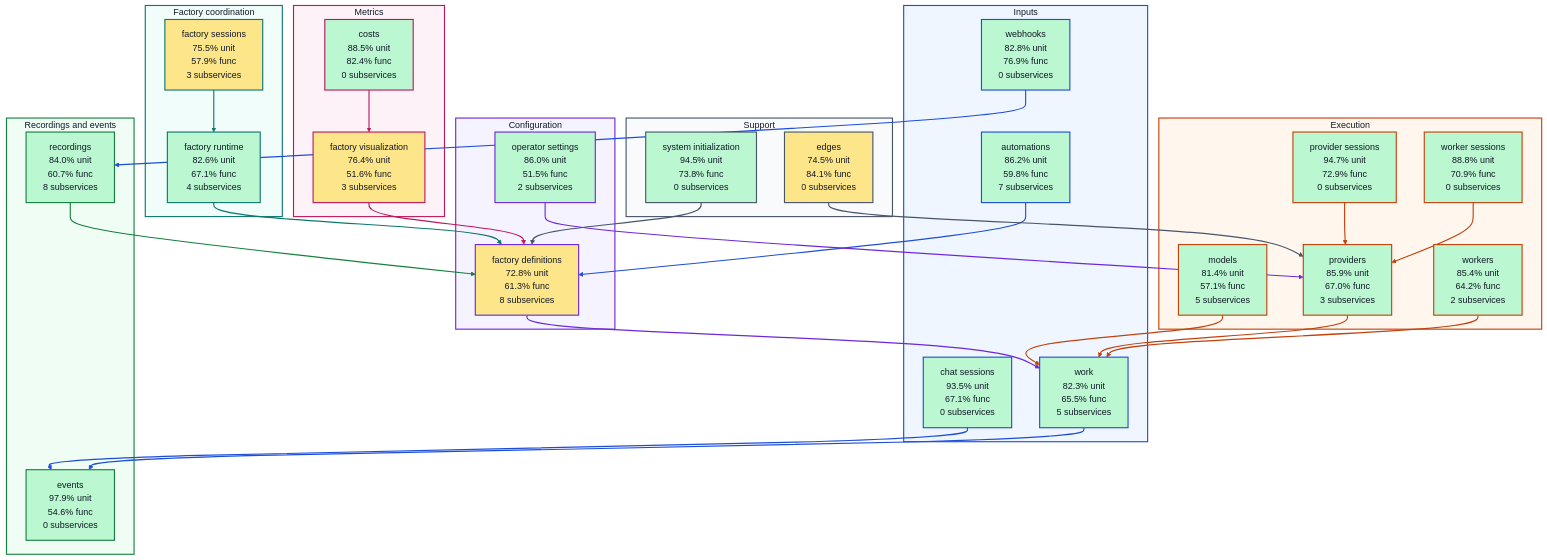
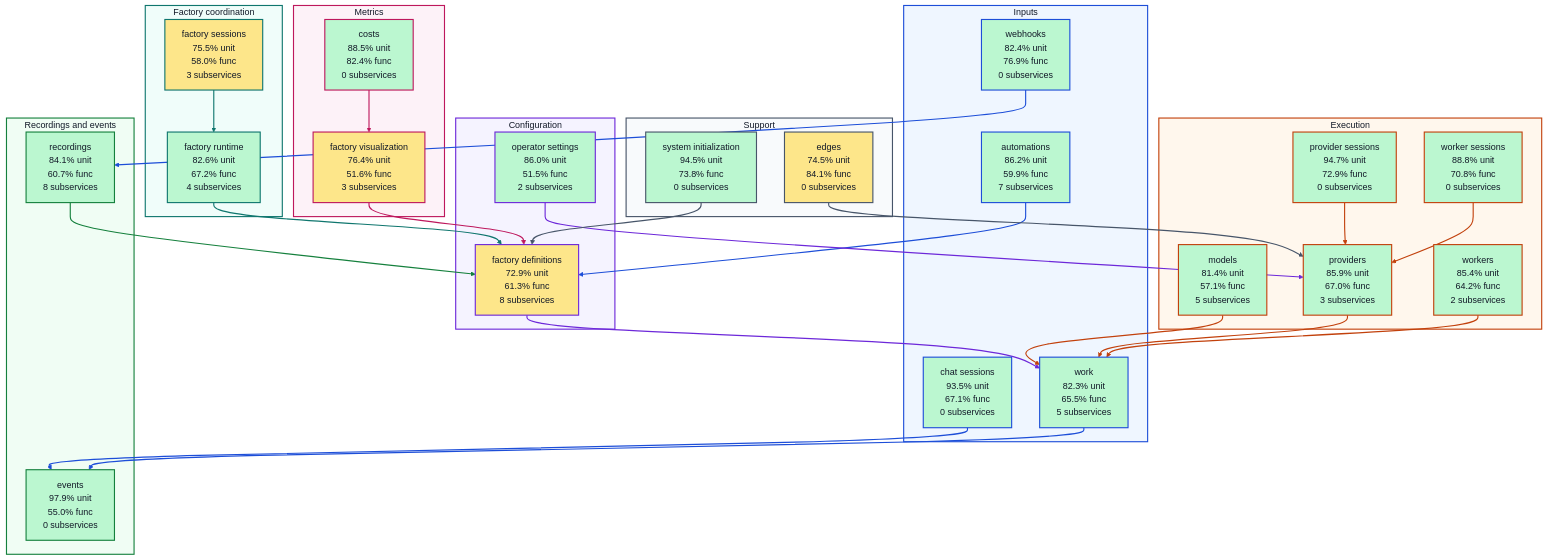
The diagram in docs/architecture/visualizations/high-level-test-coverage.md (portpowered/you-agent-factory), drawn with Mermaid before and after one commit. The commit also changed other lines of this file and 20 other files, not shown here.

Commit message:
docs: refresh backend architecture visualizations

````diff
--- a/docs/architecture/visualizations/high-level-test-coverage.md
+++ b/docs/architecture/visualizations/high-level-test-coverage.md
@@ -11,29 +11,29 @@
 ```mermaid
 flowchart TB
   subgraph input["Inputs"]
-    s_services_automations["automations<br/>86.2% unit<br/>59.8% func<br/>7 subservices"]
+    s_services_automations["automations<br/>86.2% unit<br/>59.9% func<br/>7 subservices"]
     s_services_chat_sessions["chat sessions<br/>93.5% unit<br/>67.1% func<br/>0 subservices"]
-    s_services_webhooks["webhooks<br/>82.8% unit<br/>76.9% func<br/>0 subservices"]
+    s_services_webhooks["webhooks<br/>82.4% unit<br/>76.9% func<br/>0 subservices"]
     s_services_work["work<br/>82.3% unit<br/>65.5% func<br/>5 subservices"]
   end
   subgraph configuration["Configuration"]
-    s_services_factory_definitions["factory definitions<br/>72.8% unit<br/>61.3% func<br/>8 subservices"]
+    s_services_factory_definitions["factory definitions<br/>72.9% unit<br/>61.3% func<br/>8 subservices"]
     s_services_operator_settings["operator settings<br/>86.0% unit<br/>51.5% func<br/>2 subservices"]
   end
   subgraph coordination["Factory coordination"]
-    s_services_factory_runtime["factory runtime<br/>82.6% unit<br/>67.1% func<br/>4 subservices"]
-    s_services_factory_sessions["factory sessions<br/>75.5% unit<br/>57.9% func<br/>3 subservices"]
+    s_services_factory_runtime["factory runtime<br/>82.6% unit<br/>67.2% func<br/>4 subservices"]
+    s_services_factory_sessions["factory sessions<br/>75.5% unit<br/>58.0% func<br/>3 subservices"]
   end
   subgraph execution["Execution"]
     s_services_models["models<br/>81.4% unit<br/>57.1% func<br/>5 subservices"]
     s_services_provider_sessions["provider sessions<br/>94.7% unit<br/>72.9% func<br/>0 subservices"]
     s_services_providers["providers<br/>85.9% unit<br/>67.0% func<br/>3 subservices"]
-    s_services_worker_sessions["worker sessions<br/>88.8% unit<br/>70.9% func<br/>0 subservices"]
+    s_services_worker_sessions["worker sessions<br/>88.8% unit<br/>70.8% func<br/>0 subservices"]
     s_services_workers["workers<br/>85.4% unit<br/>64.2% func<br/>2 subservices"]
   end
   subgraph recordings["Recordings and events"]
-    s_services_events["events<br/>97.9% unit<br/>54.6% func<br/>0 subservices"]
-    s_services_recordings["recordings<br/>84.0% unit<br/>60.7% func<br/>8 subservices"]
+    s_services_events["events<br/>97.9% unit<br/>55.0% func<br/>0 subservices"]
+    s_services_recordings["recordings<br/>84.1% unit<br/>60.7% func<br/>8 subservices"]
   end
   subgraph metrics["Metrics"]
     s_services_costs["costs<br/>88.5% unit<br/>82.4% func<br/>0 subservices"]
````
